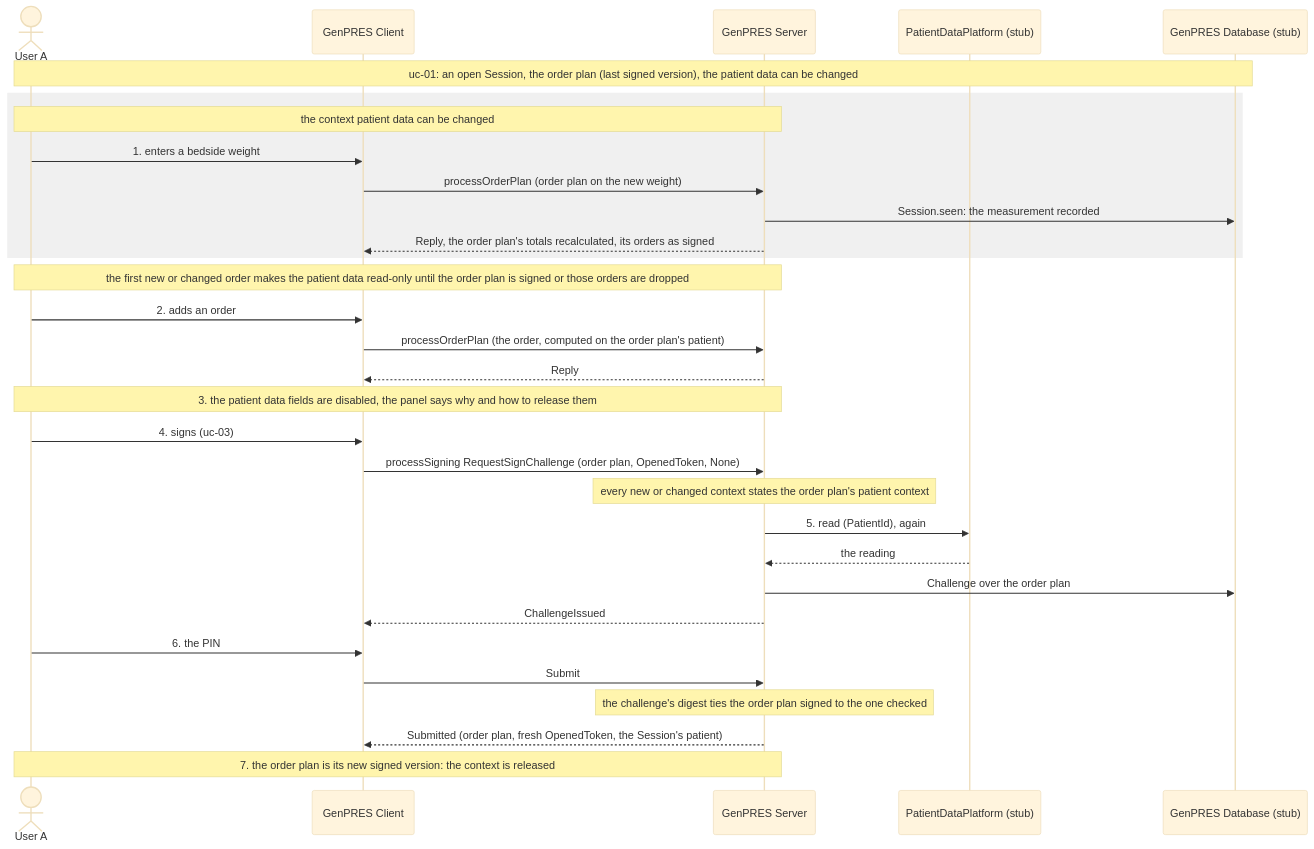
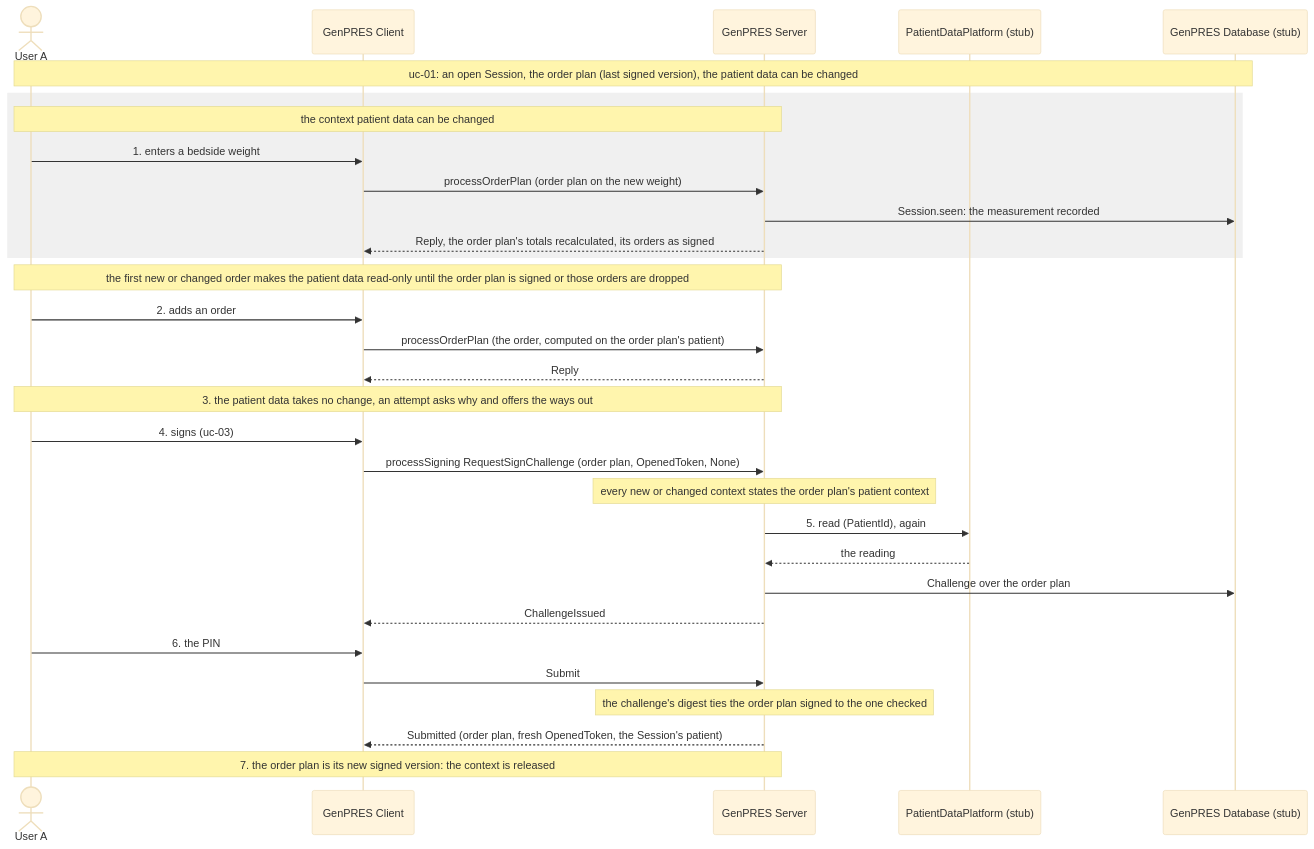
The diagram in docs/scenarios/integration/uc-12-held-patient-context.md (informedica/GenPRES), drawn with Mermaid (base theme) before and after one commit. The commit also changed other lines of this file and 2 other files, not shown here.

First line of the commit message:
docs: the held patient context as built

````diff
--- a/docs/scenarios/integration/uc-12-held-patient-context.md
+++ b/docs/scenarios/integration/uc-12-held-patient-context.md
@@ -19,37 +21,37 @@
 ```mermaid
 sequenceDiagram
     actor U as User A
     participant C as GenPRES Client
     participant S as GenPRES Server
     participant P as PatientDataPlatform (stub)
     participant D as GenPRES Database (stub)
 
     Note over U,D: uc-01: an open Session, the order plan (last signed version), the patient data can be changed
 
     rect rgba(128,128,128,0.12)
     Note over U,S: the context patient data can be changed
     U->>C: 1. enters a bedside weight
     C->>S: processOrderPlan (order plan on the new weight)
     S->>D: Session.seen: the measurement recorded
     S-->>C: Reply, the order plan's totals recalculated, its orders as signed
     end
 
     Note over U,S: the first new or changed order makes the patient data read-only until the order plan is signed or those orders are dropped
     U->>C: 2. adds an order
     C->>S: processOrderPlan (the order, computed on the order plan's patient)
     S-->>C: Reply
-    Note over U,S: 3. the patient data fields are disabled, the panel says why and how to release them
+    Note over U,S: 3. the patient data takes no change, an attempt asks why and offers the ways out
 
     U->>C: 4. signs (uc-03)
     C->>S: processSigning RequestSignChallenge (order plan, OpenedToken, None)
     Note over S: every new or changed context states the order plan's patient context
     S->>P: 5. read (PatientId), again
     P-->>S: the reading
     S->>D: Challenge over the order plan
     S-->>C: ChallengeIssued
     U->>C: 6. the PIN
     C->>S: Submit
     Note over S: the challenge's digest ties the order plan signed to the one checked
     S-->>C: Submitted (order plan, fresh OpenedToken, the Session's patient)
     Note over U,S: 7. the order plan is its new signed version: the context is released
 ```
````
